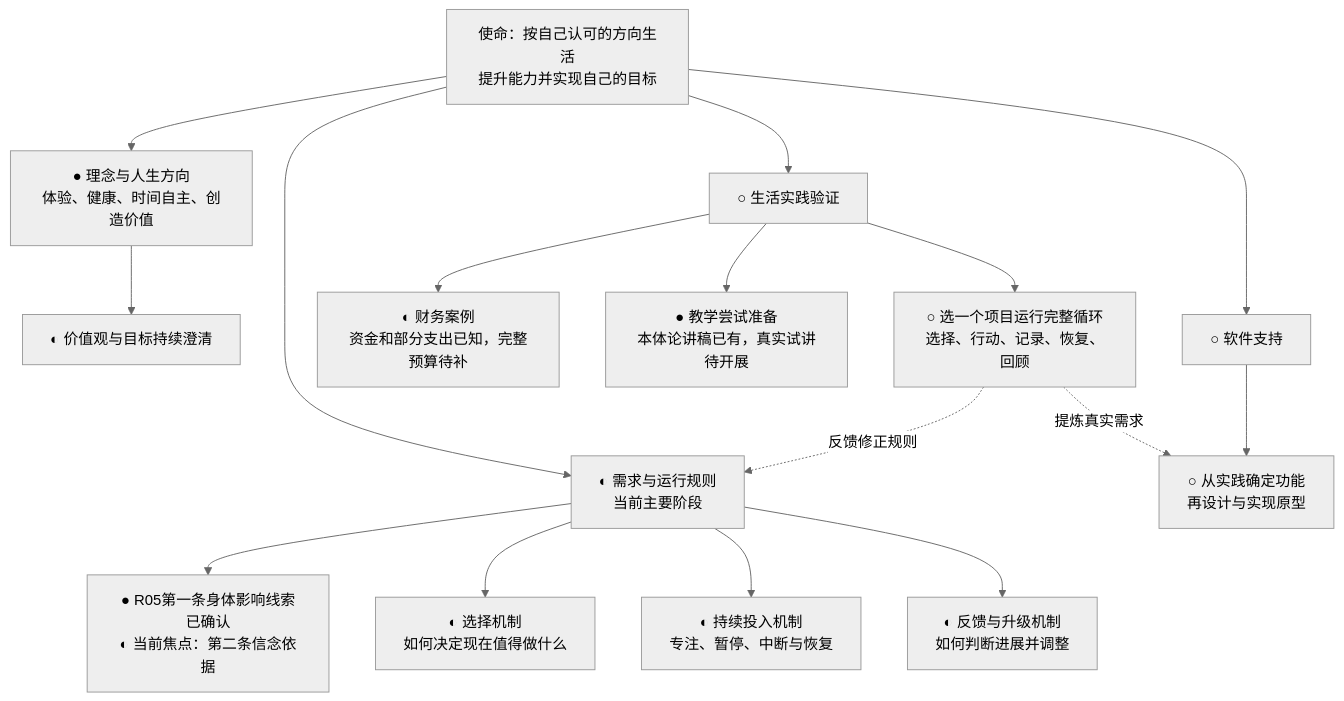
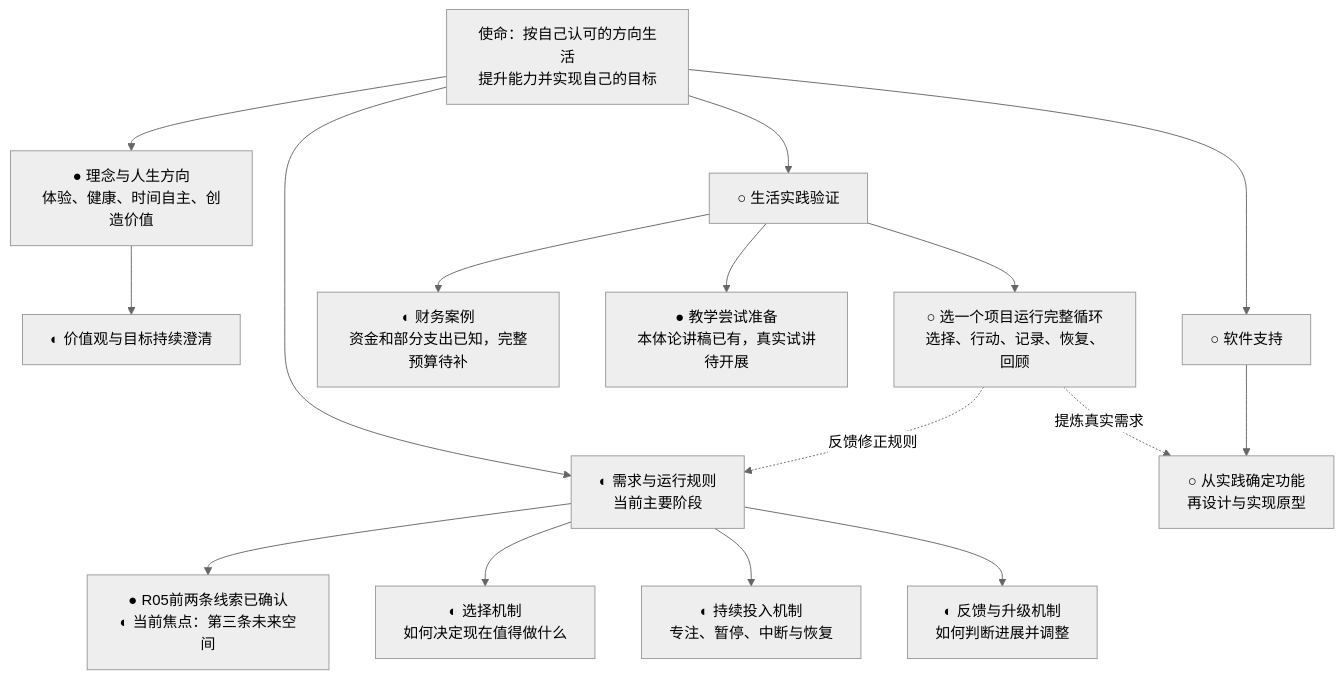
The first of 2 diagrams in 项目/人生飞轮/项目推进图.md (fangjiaqi2023-jpg/life-flywheel), drawn with Mermaid (neutral theme) before and after one commit. The commit also changed other lines of this file, not shown here.

````diff
--- a/项目/人生飞轮/项目推进图.md
+++ b/项目/人生飞轮/项目推进图.md
@@ -11,22 +11,22 @@
 ```mermaid
 flowchart TD
     M[使命：按自己认可的方向生活<br/>提升能力并实现自己的目标]
     M --> A[● 理念与人生方向<br/>体验、健康、时间自主、创造价值]
     M --> B[◐ 需求与运行规则<br/>当前主要阶段]
     M --> C[○ 生活实践验证]
     M --> D[○ 软件支持]
 
     A --> A1[◐ 价值观与目标持续澄清]
-    B --> B0[● R05第一条身体影响线索已确认<br/>◐ 当前焦点：第二条信念依据]
+    B --> B0[● R05前两条线索已确认<br/>◐ 当前焦点：第三条未来空间]
     B --> B1[◐ 选择机制<br/>如何决定现在值得做什么]
     B --> B2[◐ 持续投入机制<br/>专注、暂停、中断与恢复]
     B --> B3[◐ 反馈与升级机制<br/>如何判断进展并调整]
 
     C --> C1[◐ 财务案例<br/>资金和部分支出已知，完整预算待补]
     C --> C2[● 教学尝试准备<br/>本体论讲稿已有，真实试讲待开展]
     C --> C3[○ 选一个项目运行完整循环<br/>选择、行动、记录、恢复、回顾]
     D --> D1[○ 从实践确定功能<br/>再设计与实现原型]
 
     C3 -.反馈修正规则.-> B
     C3 -.提炼真实需求.-> D1
 ```
````
